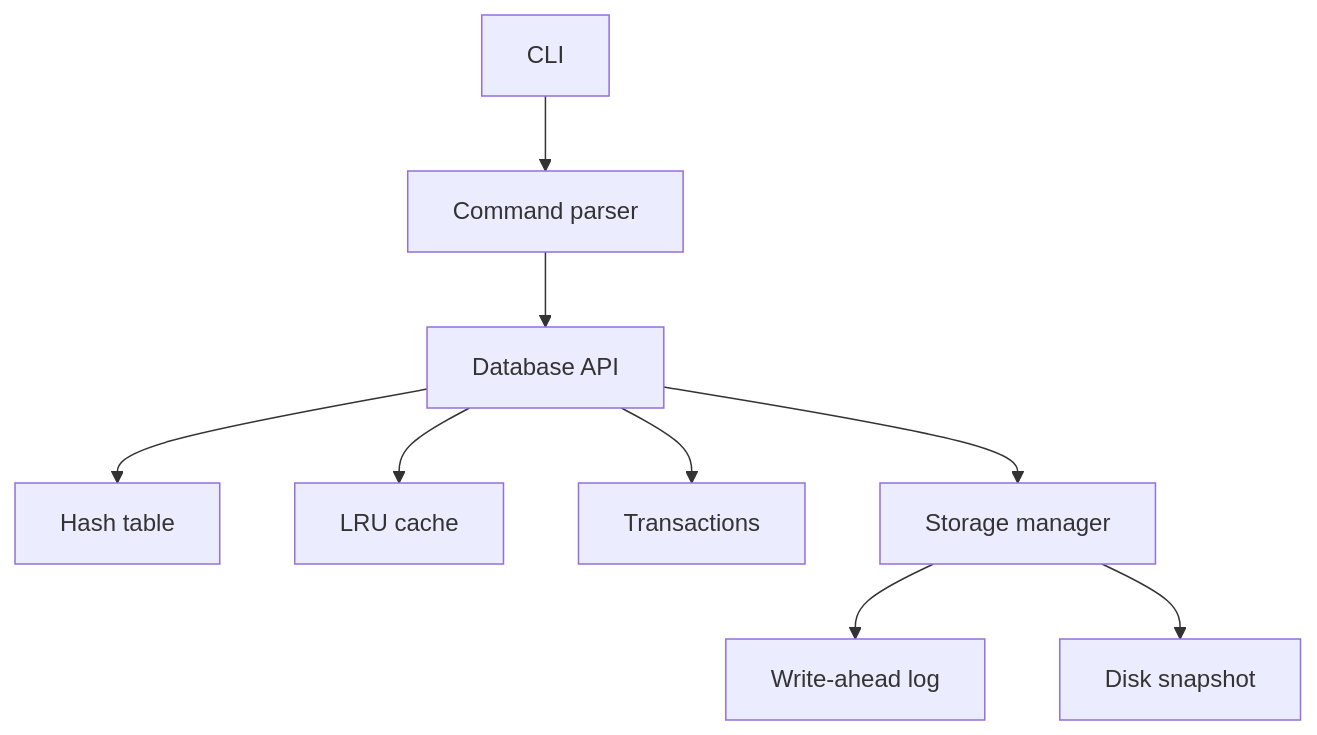
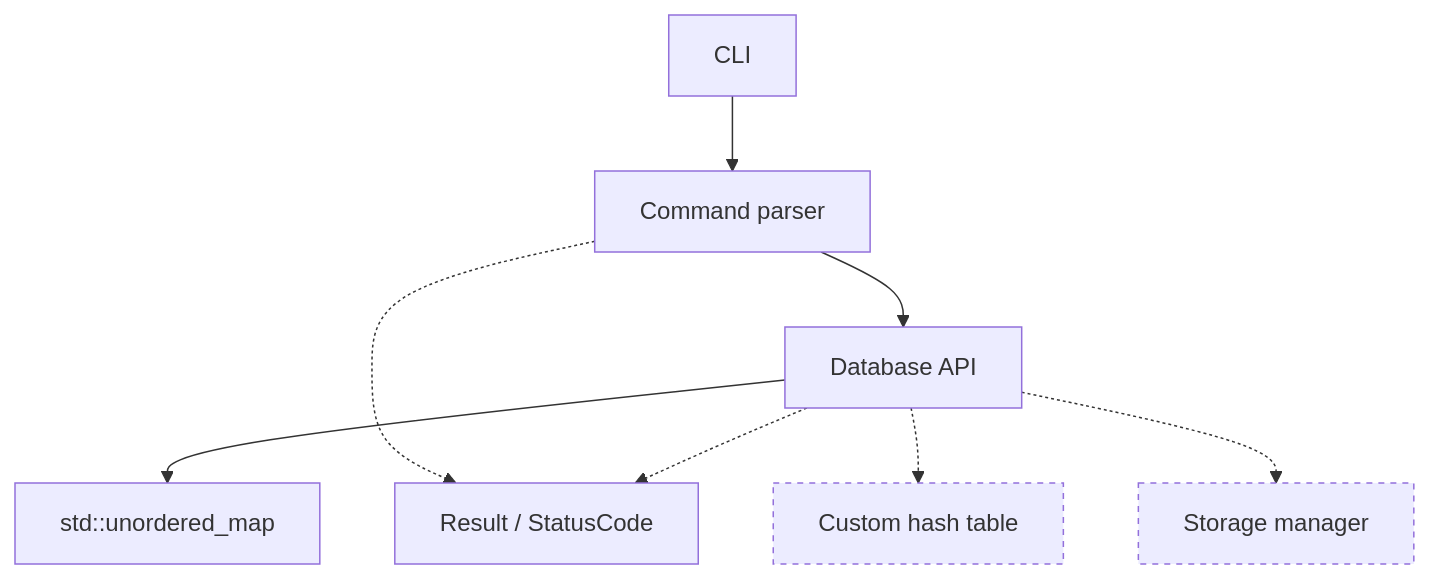
Before and after one commit to Aarya801/MiniDB: the diagram in README.md, drawn with Mermaid. The commit also changed other lines of this file and 14 other files, not shown here.

````diff
--- a/README.md
+++ b/README.md
@@ -28,11 +127,16 @@
 ```mermaid
 flowchart TD
     CLI[CLI] --> Parser[Command parser]
     Parser --> Database[Database API]
-    Database --> HashTable[Hash table]
-    Database --> Cache[LRU cache]
-    Database --> Transaction[Transactions]
-    Database --> Storage[Storage manager]
-    Storage --> WAL[Write-ahead log]
-    Storage --> Snapshot[Disk snapshot]
+    Database --> Map[std::unordered_map]
+
+    Parser -.-> Result[Result / StatusCode]
+    Database -.-> Result
+
+    HashTable[Custom hash table]:::planned
+    Storage[Storage manager]:::planned
+    Database -.-> HashTable
+    Database -.-> Storage
+
+    classDef planned stroke-dasharray: 4 4
 ```
````
